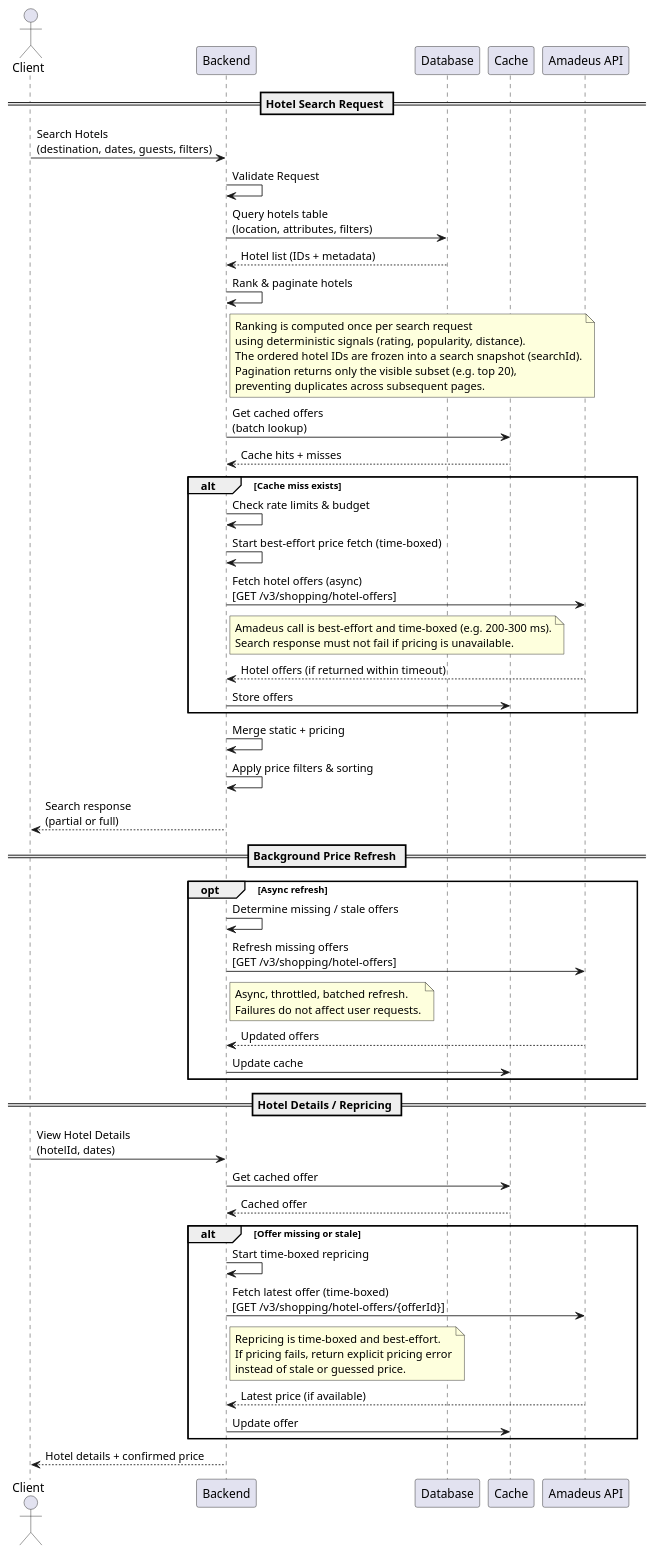
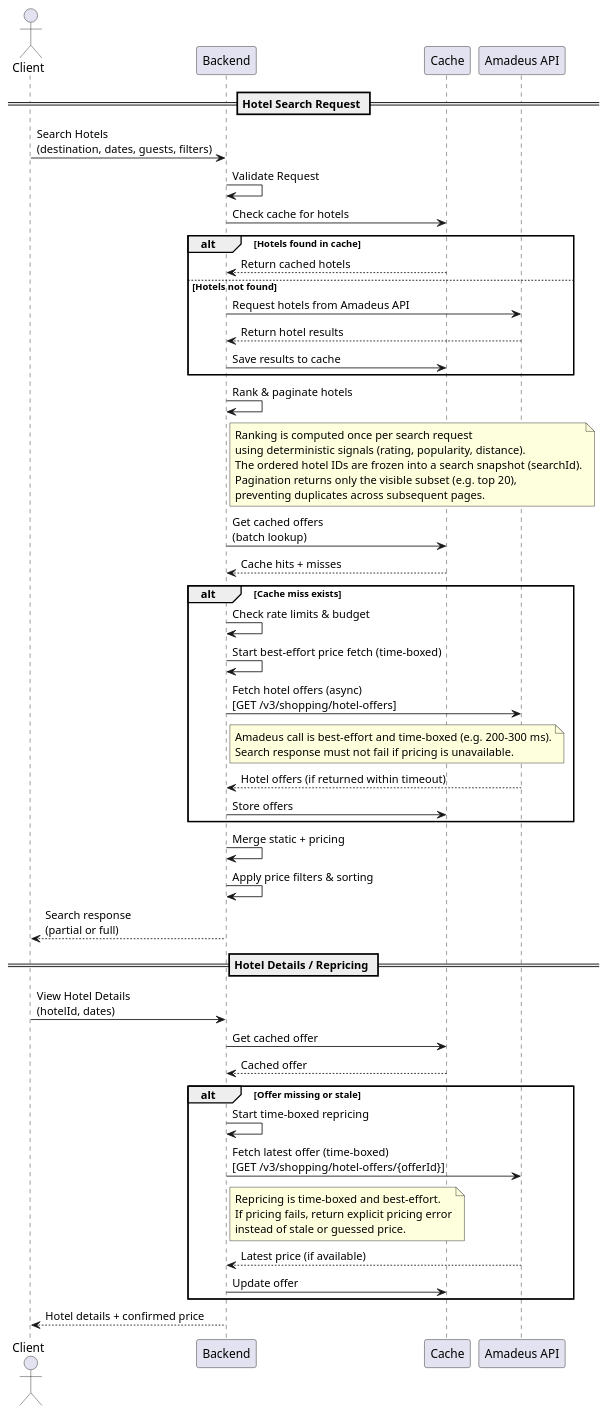
The diagram in hotel-search-sequence-diagram.puml (Adel1250/Skyscanner-Backend-Clone-Design), drawn with PlantUML before and after one commit. The commit also changed 2 other files, not shown here.

Commit message:
Remove database integration for hotel search

```diff
--- a/hotel-search-sequence-diagram.puml
+++ b/hotel-search-sequence-diagram.puml
@@ -1,91 +1,84 @@
 @startuml Hotel Search
 
 ' ==============================
 ' Document: Hotel Search Flow
 ' Author: Adel Hamouda (adelashrafwork@gmail.com)
 ' Created: 2026-01-31
 ' Description:
 ' Backend sequence diagram for hotel search,
 ' pricing, caching, and repricing flow.
 ' ==============================
 
 actor Client
 
 participant "Backend" as BACKEND
-participant "Database" as DB
 participant "Cache" as CACHE
 participant "Amadeus API" as AMADEUS
 
 == Hotel Search Request ==
 
 Client -> BACKEND: Search Hotels\n(destination, dates, guests, filters)
 
 BACKEND -> BACKEND: Validate Request
 
-BACKEND -> DB: Query hotels table\n(location, attributes, filters)
-DB --> BACKEND: Hotel list (IDs + metadata)
+BACKEND -> CACHE: Check cache for hotels
+
+alt Hotels found in cache
+    CACHE --> BACKEND: Return cached hotels
+else Hotels not found
+    BACKEND -> AMADEUS: Request hotels from Amadeus API
+    AMADEUS --> BACKEND: Return hotel results
+    BACKEND -> CACHE: Save results to cache
+end
 
 BACKEND -> BACKEND: Rank & paginate hotels
 note right of BACKEND
 Ranking is computed once per search request
 using deterministic signals (rating, popularity, distance).
 The ordered hotel IDs are frozen into a search snapshot (searchId).
 Pagination returns only the visible subset (e.g. top 20),
 preventing duplicates across subsequent pages.
 end note
 
 BACKEND -> CACHE: Get cached offers\n(batch lookup)
 CACHE --> BACKEND: Cache hits + misses
 
 alt Cache miss exists
     BACKEND -> BACKEND: Check rate limits & budget
     BACKEND -> BACKEND: Start best-effort price fetch (time-boxed)
     BACKEND -> AMADEUS: Fetch hotel offers (async)\n[GET /v3/shopping/hotel-offers]
     note right of BACKEND
     Amadeus call is best-effort and time-boxed (e.g. 200–300 ms).
     Search response must not fail if pricing is unavailable.
     end note
     AMADEUS --> BACKEND: Hotel offers (if returned within timeout)
     BACKEND -> CACHE: Store offers
 end
 
 
 BACKEND -> BACKEND: Merge static + pricing
 BACKEND -> BACKEND: Apply price filters & sorting
 
 BACKEND --> Client: Search response\n(partial or full)
 
-== Background Price Refresh ==
-
-opt Async refresh
-    BACKEND -> BACKEND: Determine missing / stale offers
-    BACKEND -> AMADEUS: Refresh missing offers\n[GET /v3/shopping/hotel-offers]
-    note right of BACKEND
-    Async, throttled, batched refresh.
-    Failures do not affect user requests.
-    end note
-    AMADEUS --> BACKEND: Updated offers
-    BACKEND -> CACHE: Update cache
-end
-
 == Hotel Details / Repricing ==
 
 Client -> BACKEND: View Hotel Details\n(hotelId, dates)
 
 BACKEND -> CACHE: Get cached offer
 CACHE --> BACKEND: Cached offer
 
 alt Offer missing or stale
     BACKEND -> BACKEND: Start time-boxed repricing
     BACKEND -> AMADEUS: Fetch latest offer (time-boxed)\n[GET /v3/shopping/hotel-offers/{offerId}]
     note right of BACKEND
     Repricing is time-boxed and best-effort.
     If pricing fails, return explicit pricing error
     instead of stale or guessed price.
     end note
     AMADEUS --> BACKEND: Latest price (if available)
     BACKEND -> CACHE: Update offer
 end
 
 BACKEND --> Client: Hotel details + confirmed price
 @enduml
```
